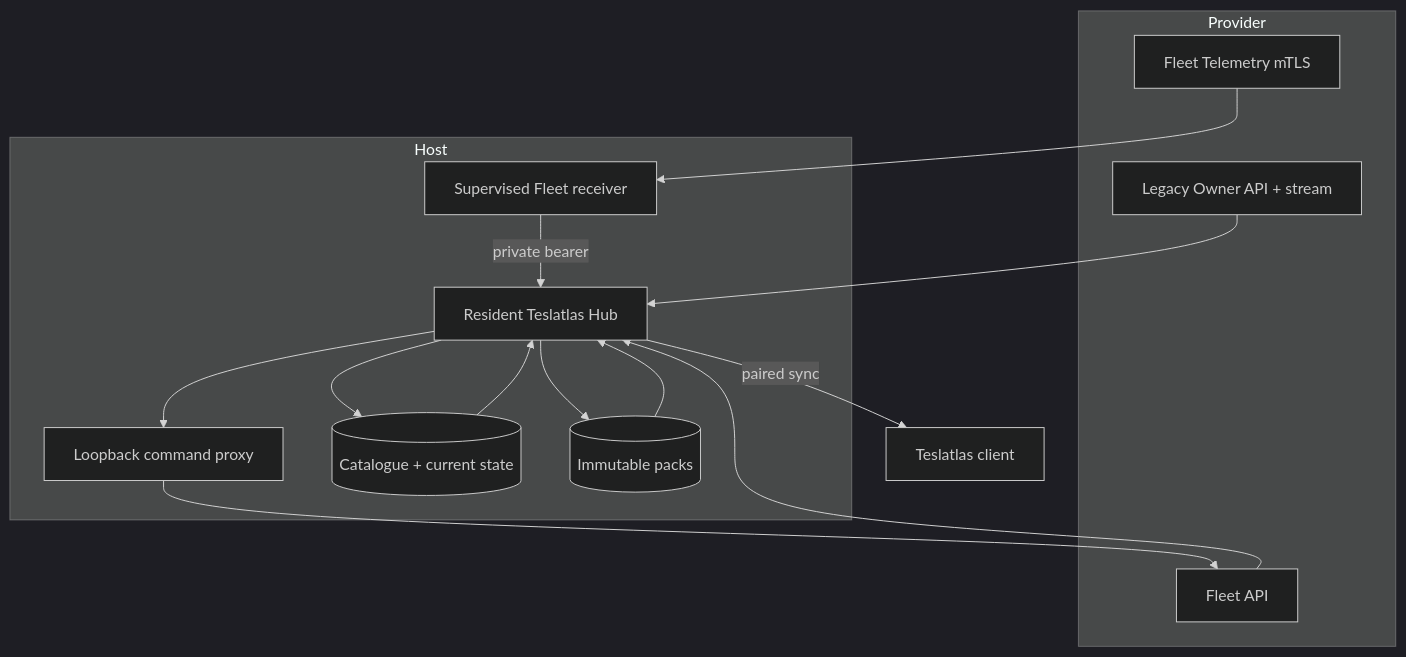
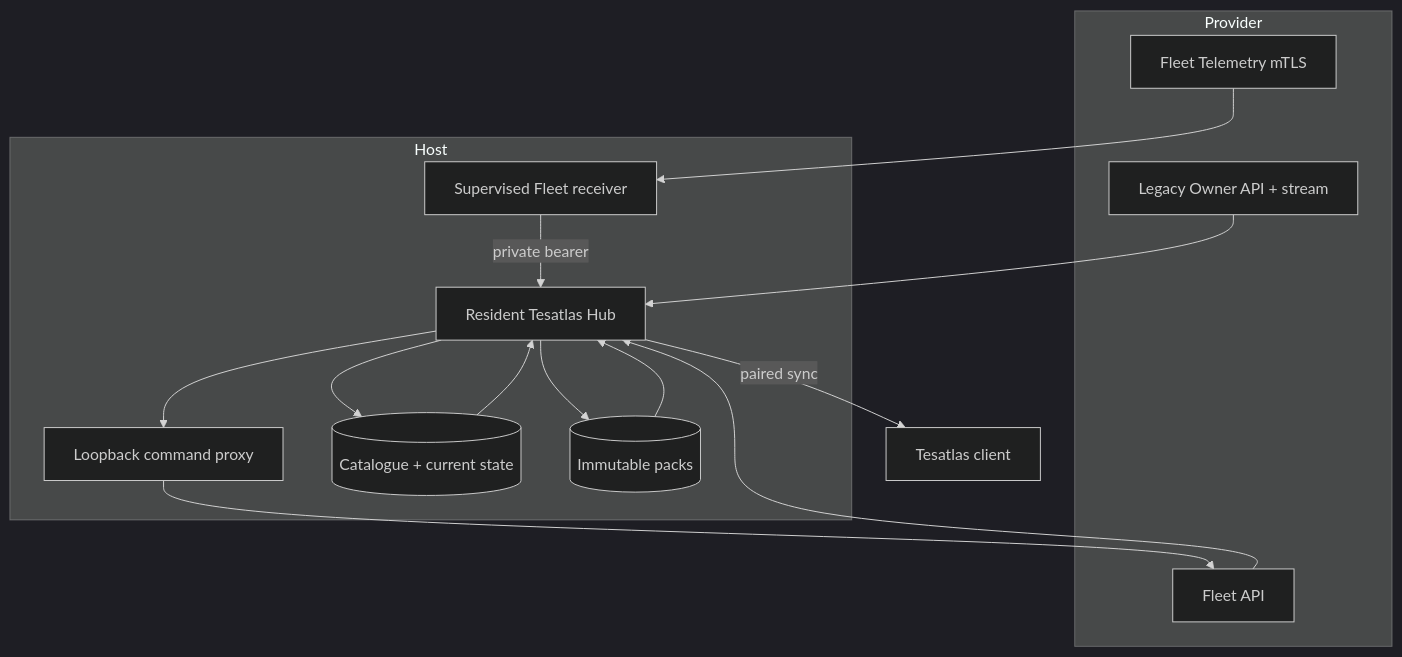
Before and after one commit to magrathean-uk/teslatlas-hub: the diagram in docs/architecture/overview.md, drawn with Mermaid (dark theme). The commit also changed other lines of this file and 1053 other files, not shown here.

First line of the commit message:
chore(rename): scripted swap Teslatlas to Tesatlas, keep-list applied (M08-T12)

````diff
--- a/docs/architecture/overview.md
+++ b/docs/architecture/overview.md
@@ -10,24 +10,24 @@
 ```mermaid
 flowchart TB
     subgraph Provider
       O[Legacy Owner API + stream]
       F[Fleet API]
       FT[Fleet Telemetry mTLS]
     end
     subgraph Host
       R[Supervised Fleet receiver]
       P[Loopback command proxy]
-      H[Resident Teslatlas Hub]
+      H[Resident Tesatlas Hub]
       DB[(Catalogue + current state)]
       PK[(Immutable packs)]
     end
     O --> H
     F --> H
     FT --> R -->|private bearer| H
     H --> P --> F
     H --> DB
     H --> PK
     DB --> H
     PK --> H
-    H -->|paired sync| C[Teslatlas client]
+    H -->|paired sync| C[Tesatlas client]
 ```
````
